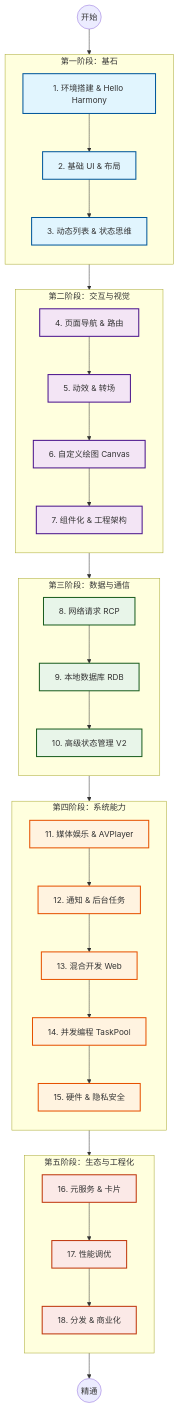
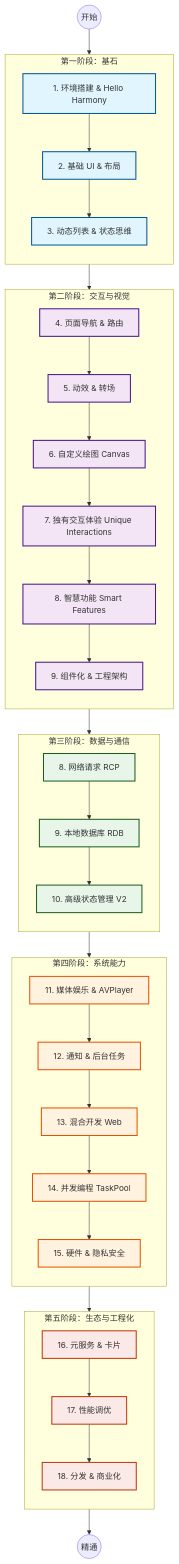
The diagram in docs/posts/harmonyos/index.md (briefness/LZYBlog), drawn with Mermaid before and after one commit. The commit also changed other lines of this file and 8 other files, not shown here.

````diff
--- a/docs/posts/harmonyos/index.md
+++ b/docs/posts/harmonyos/index.md
@@ -11,59 +11,61 @@
 ```mermaid
 graph TD
     %% Define Styles
     classDef foundation fill:#e1f5fe,stroke:#01579b,stroke-width:2px;
     classDef visual fill:#f3e5f5,stroke:#4a148c,stroke-width:2px;
     classDef data fill:#e8f5e9,stroke:#1b5e20,stroke-width:2px;
     classDef system fill:#fff3e0,stroke:#e65100,stroke-width:2px;
     classDef eco fill:#fbe9e7,stroke:#bf360c,stroke-width:2px;
 
     Start((开始)) --> Env[1. 环境搭建 & Hello Harmony]
 
     subgraph Phase1 [第一阶段：基石]
         direction TB
         Env --> BasicUI[2. 基础 UI & 布局]
         BasicUI --> Todo[3. 动态列表 & 状态思维]
     end
     class Env,BasicUI,Todo foundation;
 
     Phase1 --> Nav[4. 页面导航 & 路由]
 
     subgraph Phase2 [第二阶段：交互与视觉]
         direction TB
         Nav --> Anim[5. 动效 & 转场]
         Anim --> Draw[6. 自定义绘图 Canvas]
-        Draw --> Comp[7. 组件化 & 工程架构]
+        Draw --> Unique[7. 独有交互体验 Unique Interactions]
+        Unique --> Smart[8. 智慧功能 Smart Features]
+        Smart --> Comp[9. 组件化 & 工程架构]
     end
-    class Nav,Anim,Draw,Comp visual;
+    class Nav,Anim,Draw,Unique,Smart,Comp visual;
 
     Phase2 --> Net[8. 网络请求 RCP]
 
     subgraph Phase3 [第三阶段：数据与通信]
         direction TB
         Net --> DB[9. 本地数据库 RDB]
         DB --> StateV2[10. 高级状态管理 V2]
     end
     class Net,DB,StateV2 data;
 
     Phase3 --> Media[11. 媒体娱乐 & AVPlayer]
 
     subgraph Phase4 [第四阶段：系统能力]
         direction TB
         Media --> Noti[12. 通知 & 后台任务]
         Noti --> Web[13. 混合开发 Web]
         Web --> Conc[14. 并发编程 TaskPool]
         Conc --> Hard[15. 硬件 & 隐私安全]
     end
     class Media,Noti,Web,Conc,Hard system;
 
     Phase4 --> Widget[16. 元服务 & 卡片]
 
     subgraph Phase5 [第五阶段：生态与工程化]
         direction TB
         Widget --> Perf[17. 性能调优]
         Perf --> Pub[18. 分发 & 商业化]
     end
     class Widget,Perf,Pub eco;
 
     Pub --> End((精通))
 ```
````
